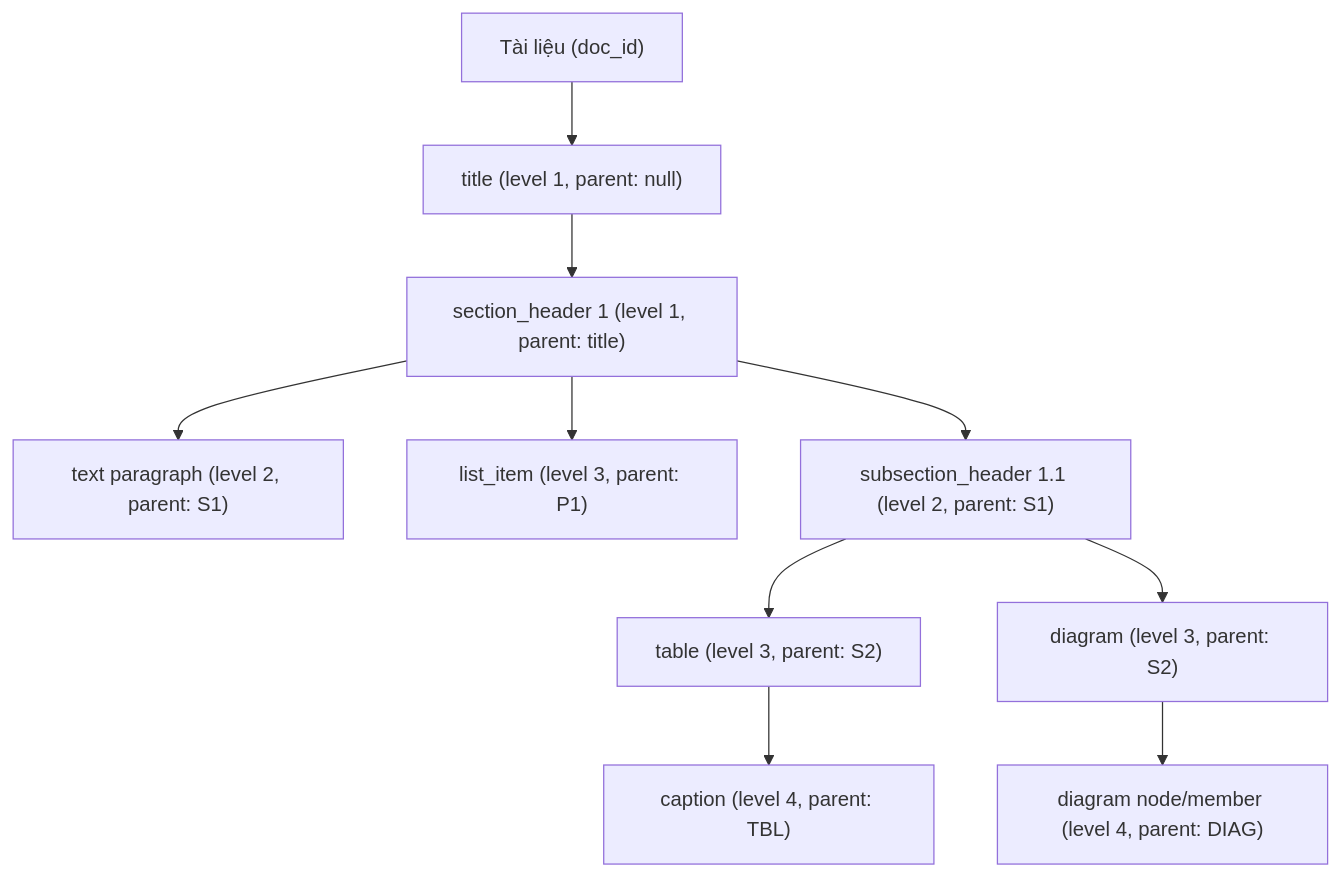
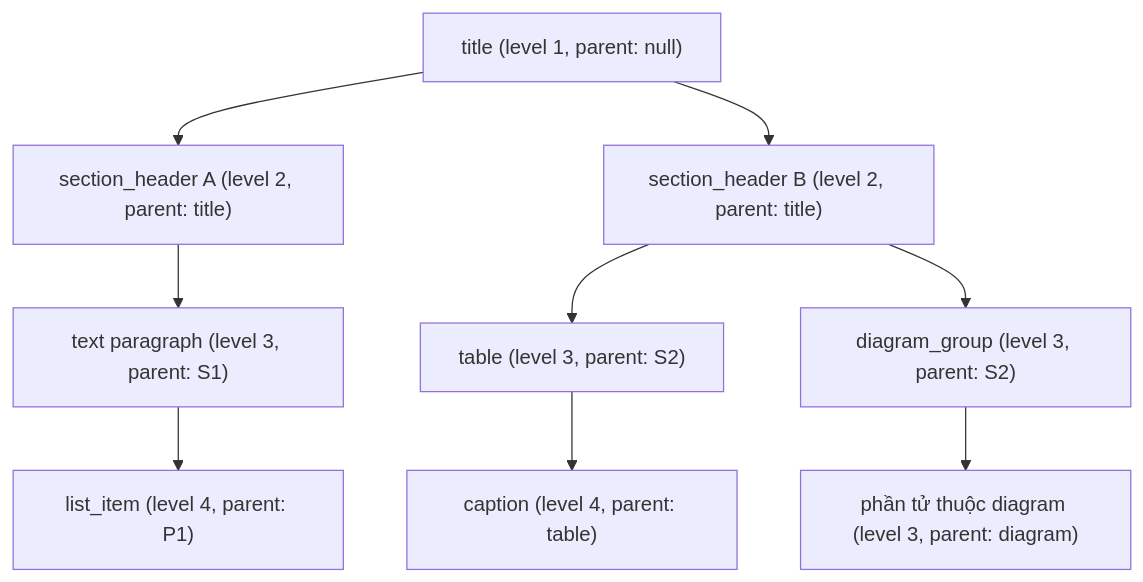
One commit to MinhThuan2406/DocuMind changed the diagram in docs/01_architecture_and_ir_schema.md. Above: the diagram before and after it, drawn with Mermaid. The commit also changed other lines of this file, not shown here.

First line of the commit message:
docs(ir): align the IR schema and algorithm description with the code

````diff
--- a/docs/01_architecture_and_ir_schema.md
+++ b/docs/01_architecture_and_ir_schema.md
@@ -150,12 +158,11 @@
 ```mermaid
 graph TD
-    DOC["Tài liệu (doc_id)"] --> T1["title (level 1, parent: null)"]
-    T1 --> S1["section_header 1 (level 1, parent: title)"]
-    S1 --> P1["text paragraph (level 2, parent: S1)"]
-    S1 --> L1["list_item (level 3, parent: P1)"]
-    S1 --> S2["subsection_header 1.1 (level 2, parent: S1)"]
+    T1["title (level 1, parent: null)"] --> S1["section_header A (level 2, parent: title)"]
+    T1 --> S2["section_header B (level 2, parent: title)"]
+    S1 --> P1["text paragraph (level 3, parent: S1)"]
+    P1 --> L1["list_item (level 4, parent: P1)"]
     S2 --> TBL["table (level 3, parent: S2)"]
-    TBL --> CAP["caption (level 4, parent: TBL)"]
-    S2 --> DIAG["diagram (level 3, parent: S2)"]
-    DIAG --> DNODE["diagram node/member (level 4, parent: DIAG)"]
+    TBL --> CAP["caption (level 4, parent: table)"]
+    S2 --> DIAG["diagram_group (level 3, parent: S2)"]
+    DIAG --> DMEM["phần tử thuộc diagram (level 3, parent: diagram)"]
 ```
````
